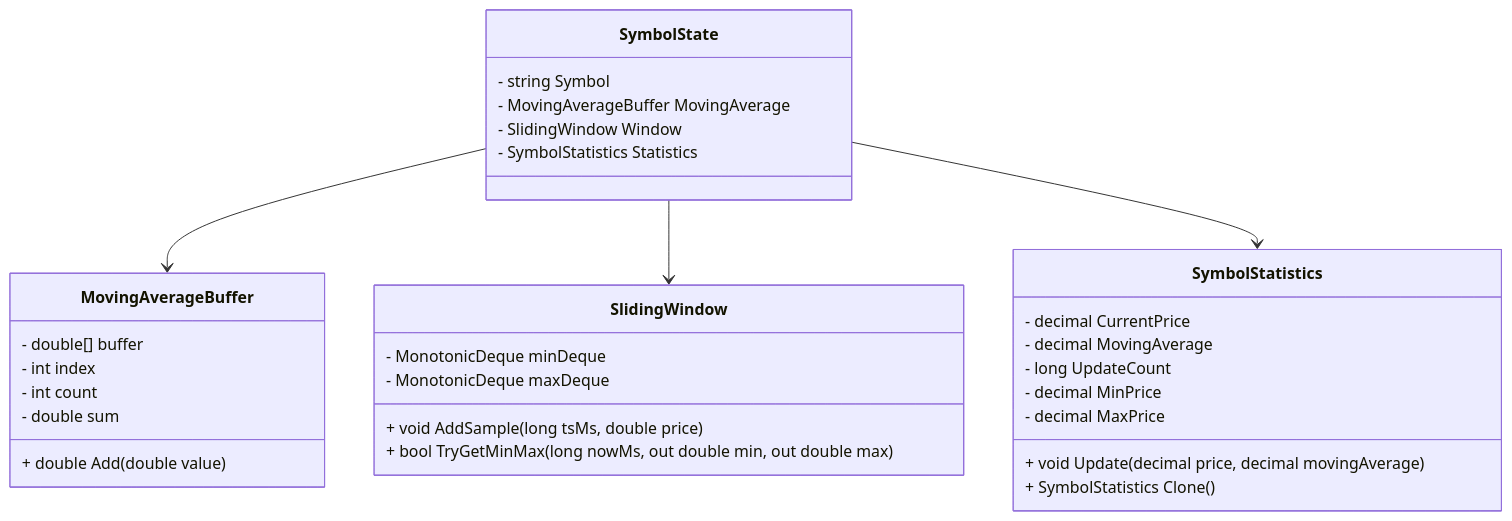
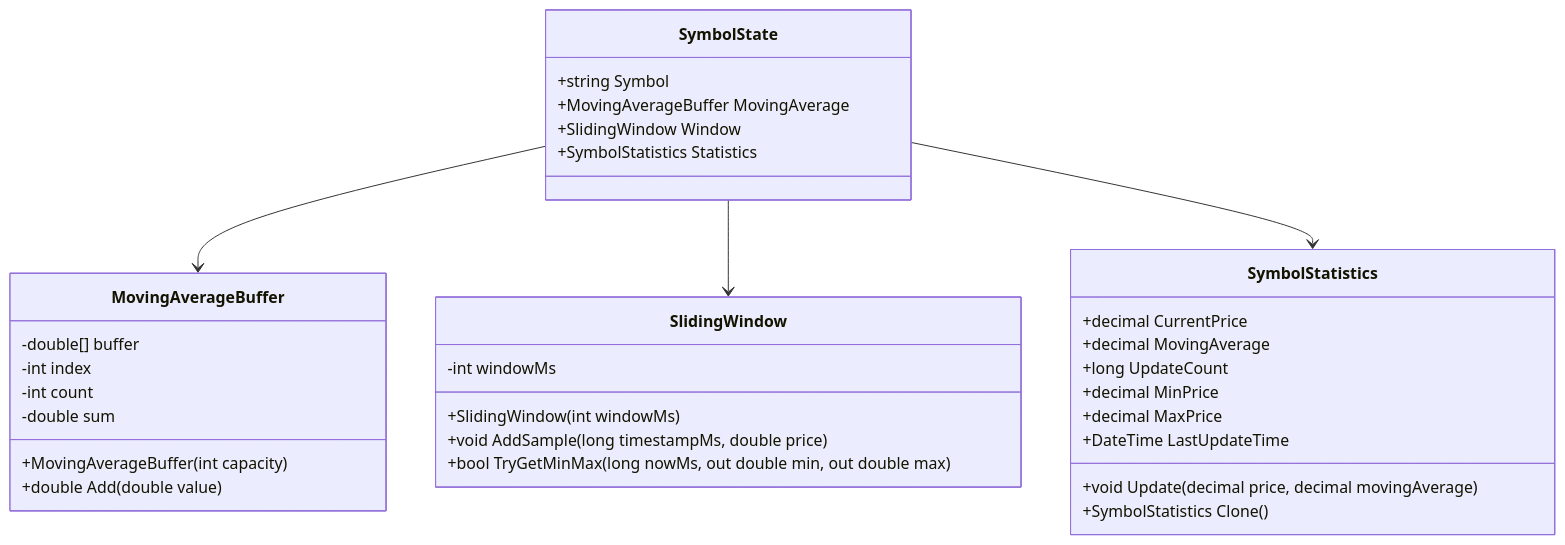
One commit to yasserebrahimi/MarketDataSystem changed the fourth of 5 diagrams in docs/ARCHITECTURE-COMBINED.md. Above: the diagram before and after it, drawn with Mermaid. The commit also changed other lines of this file and 8 other files, not shown here.

````diff
--- a/docs/ARCHITECTURE-COMBINED.md
+++ b/docs/ARCHITECTURE-COMBINED.md
@@ -570,38 +135,40 @@
 ```mermaid
 classDiagram
     class SymbolState {
-        - string Symbol
-        - MovingAverageBuffer MovingAverage
-        - SlidingWindow Window
-        - SymbolStatistics Statistics
+        +string Symbol
+        +MovingAverageBuffer MovingAverage
+        +SlidingWindow Window
+        +SymbolStatistics Statistics
     }
 
     class MovingAverageBuffer {
-        - double[] buffer
-        - int index
-        - int count
-        - double sum
-        + double Add(double value)
+        -double[] buffer
+        -int index
+        -int count
+        -double sum
+        +MovingAverageBuffer(int capacity)
+        +double Add(double value)
     }
 
     class SlidingWindow {
-        - MonotonicDeque minDeque
-        - MonotonicDeque maxDeque
-        + void AddSample(long tsMs, double price)
-        + bool TryGetMinMax(long nowMs, out double min, out double max)
+        -int windowMs
+        +SlidingWindow(int windowMs)
+        +void AddSample(long timestampMs, double price)
+        +bool TryGetMinMax(long nowMs, out double min, out double max)
     }
 
     class SymbolStatistics {
-        - decimal CurrentPrice
-        - decimal MovingAverage
-        - long UpdateCount
-        - decimal MinPrice
-        - decimal MaxPrice
-        + void Update(decimal price, decimal movingAverage)
-        + SymbolStatistics Clone()
+        +decimal CurrentPrice
+        +decimal MovingAverage
+        +long UpdateCount
+        +decimal MinPrice
+        +decimal MaxPrice
+        +DateTime LastUpdateTime
+        +void Update(decimal price, decimal movingAverage)
+        +SymbolStatistics Clone()
     }
 
     SymbolState --> MovingAverageBuffer
     SymbolState --> SlidingWindow
     SymbolState --> SymbolStatistics
 ```
````
